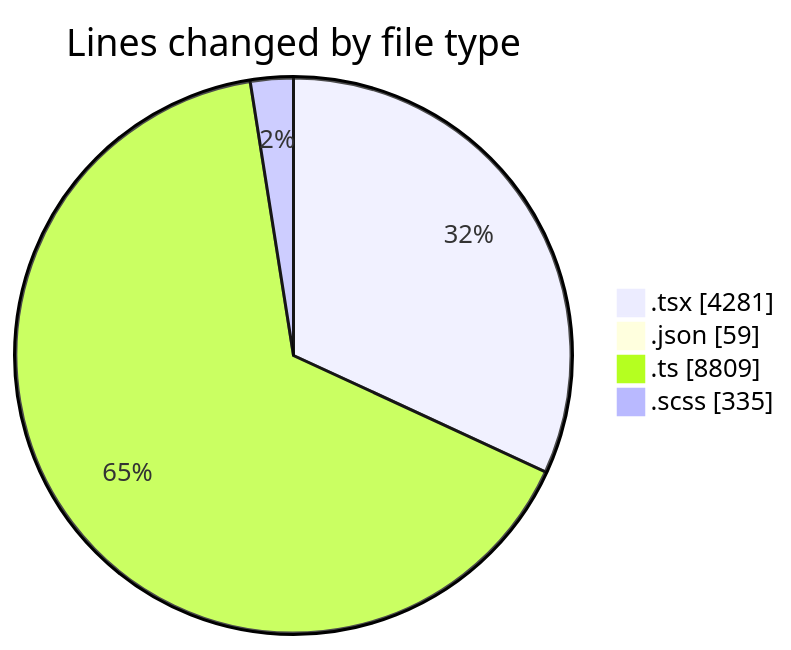
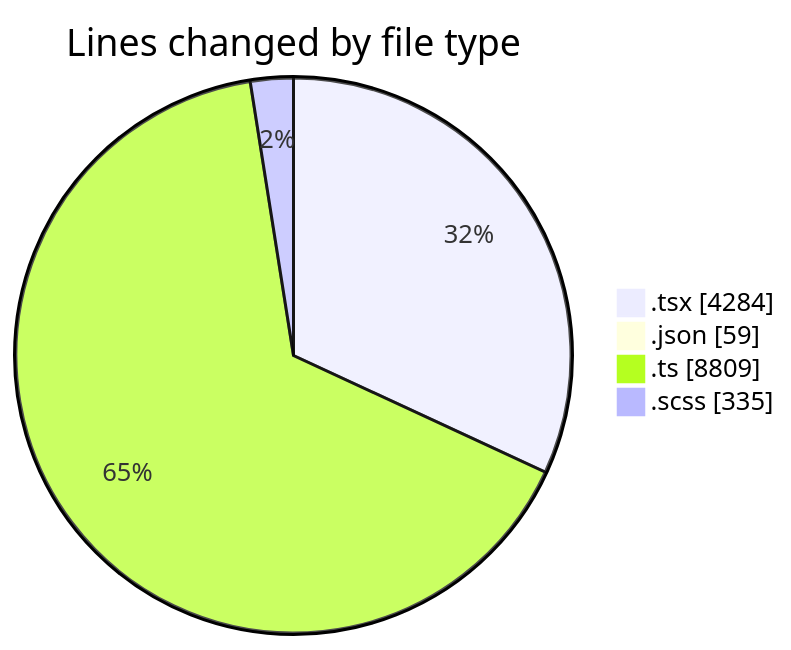
Before and after one commit to momahboobian/code-tracking: the first of 2 diagrams in 2025-11-24/cda/README.md, drawn with Mermaid. The commit also changed other lines of this file and 1 other file, not shown here.

````diff
--- a/2025-11-24/cda/README.md
+++ b/2025-11-24/cda/README.md
@@ -35,8 +35,8 @@
 ```mermaid
 pie showData
 title Lines changed by file type
-".tsx" : 4281
+".tsx" : 4284
 ".json" : 59
 ".ts" : 8809
 ".scss" : 335
 ```
````
